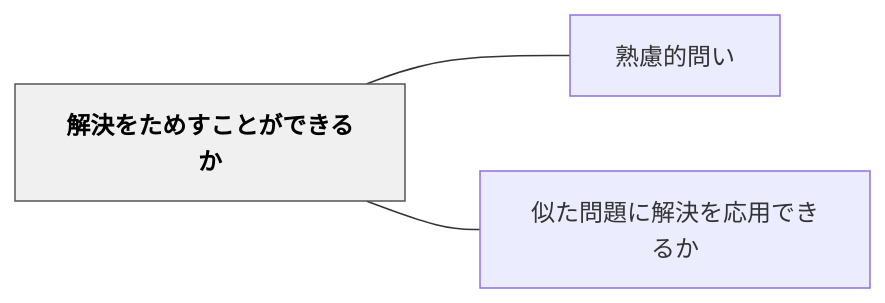
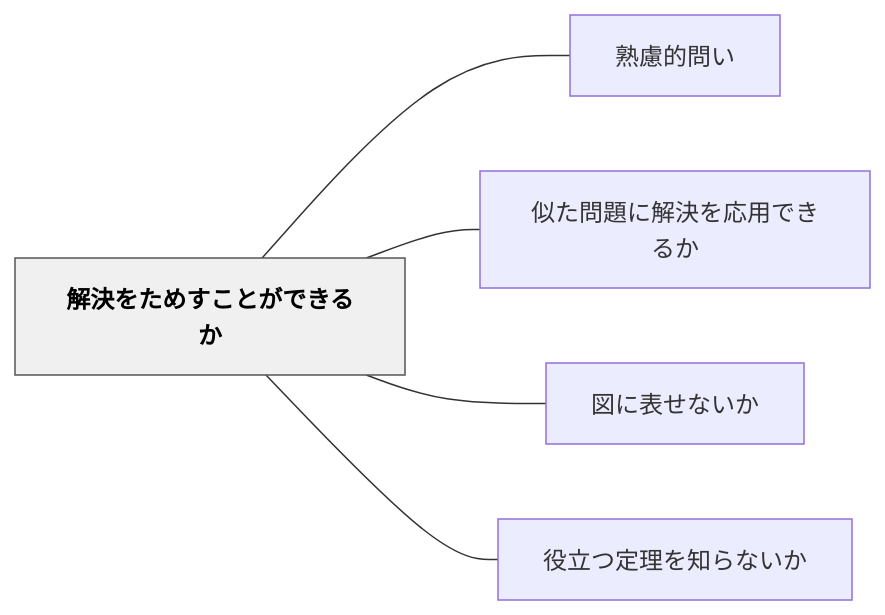
One commit to unknownthings-ed-patterns/unknownthings-ed-patterns changed the diagram in content/パタン/解決をためすことができるか.md. Above: the diagram before and after it, drawn with Mermaid. The commit also changed other lines of this file and 47 other files, not shown here.

````diff
--- a/content/パタン/解決をためすことができるか.md
+++ b/content/パタン/解決をためすことができるか.md
@@ -39,12 +41,16 @@
 ```mermaid
 flowchart LR
     ne8a7a3e6b1ba["解決をためすことができるか"]
     ne7869fe685ae["熟慮的問い"]
     ne4bcbce3819f["似た問題に解決を応用できるか"]
+    ne59bb3e381ab["図に表せないか"]
+    ne5bdb9e7ab8b["役立つ定理を知らないか"]
 
     ne8a7a3e6b1ba --- ne7869fe685ae
     ne8a7a3e6b1ba --- ne4bcbce3819f
+    ne8a7a3e6b1ba --- ne59bb3e381ab
+    ne8a7a3e6b1ba --- ne5bdb9e7ab8b
 
     classDef hub fill:#f0f0f0,stroke:#555,color:#000,font-weight:bold
     class ne8a7a3e6b1ba hub
 ```
````
